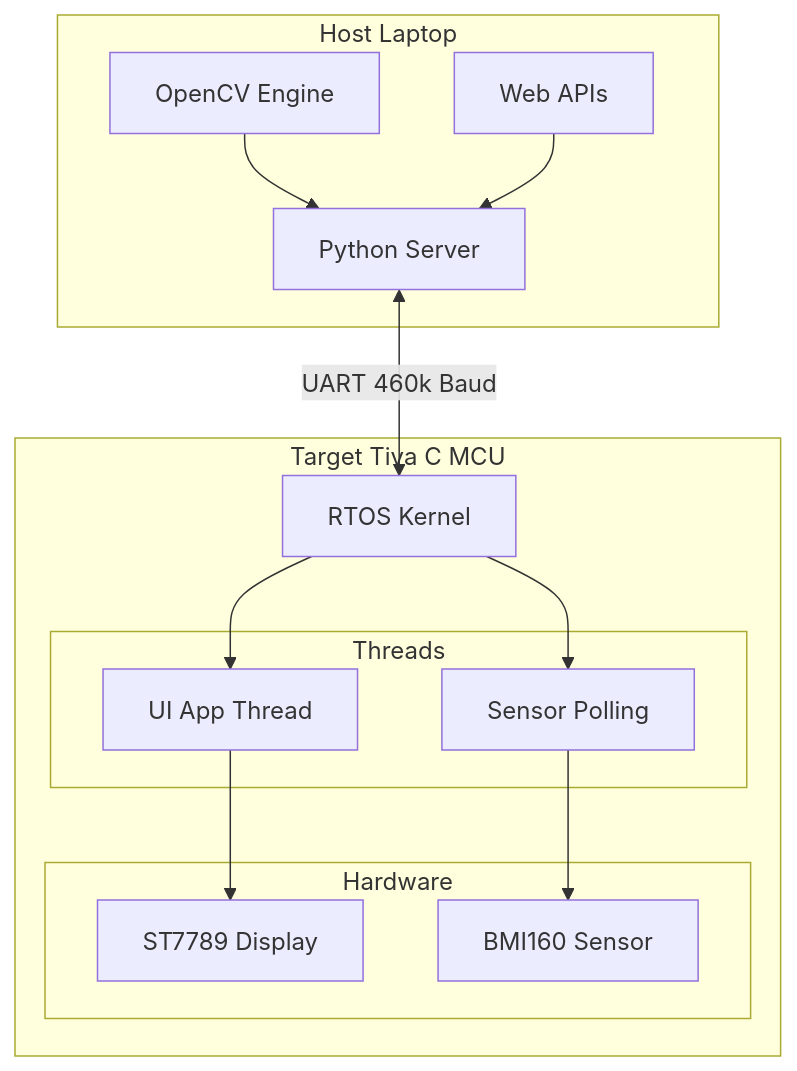
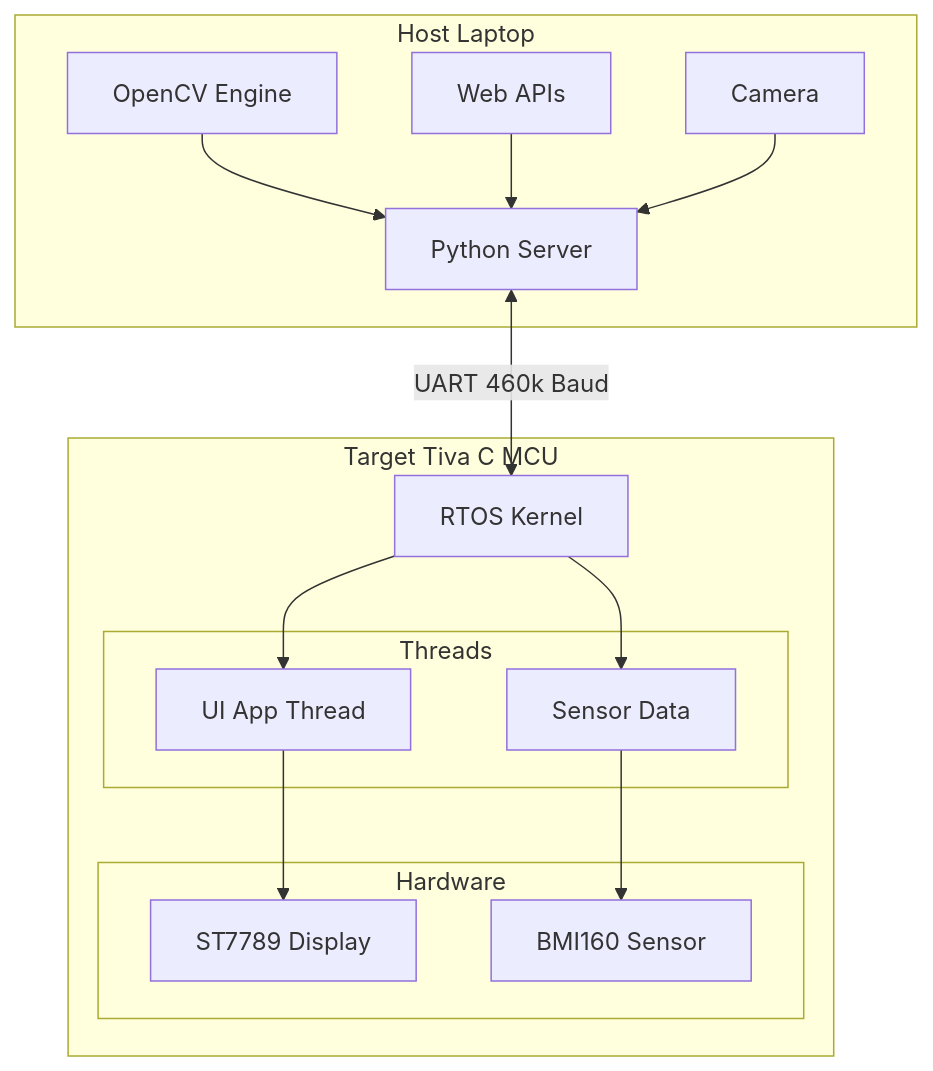
One commit to Davis-Lester/Real-Time-Phone changed the first of 2 diagrams in README.md. Above: the diagram before and after it, drawn with Mermaid. The commit also changed other lines of this file and 1 other file, not shown here.

Commit message:
Comment Camera.py

````diff
--- a/README.md
+++ b/README.md
@@ -49,35 +49,37 @@
 ```mermaid
 flowchart TD
   subgraph Host [Host Laptop]
     Py[Python Server]
     CV[OpenCV Engine]
     Web[Web APIs]
+    Camera[Camera]
   end
 
   subgraph Target [Target Tiva C MCU]
     Kernel[RTOS Kernel]
     
     subgraph S_Threads [Threads]
       UI[UI App Thread]
-      Sensor[Sensor Polling]
+      Sensor[Sensor Data]
     end
     
     subgraph S_Hardware [Hardware]
       LCD[ST7789 Display]
       IMU[BMI160 Sensor]
     end
   end
 
   %% Host Internal Connections
   CV --> Py
   Web --> Py
+  Camera --> Py
 
   %% Cross-System Connection
   Py <-->|UART 460k Baud| Kernel
 
   %% MCU Internal Connections
   Kernel --> UI
   Kernel --> Sensor
   UI --> LCD
   Sensor --> IMU
 ```
````
